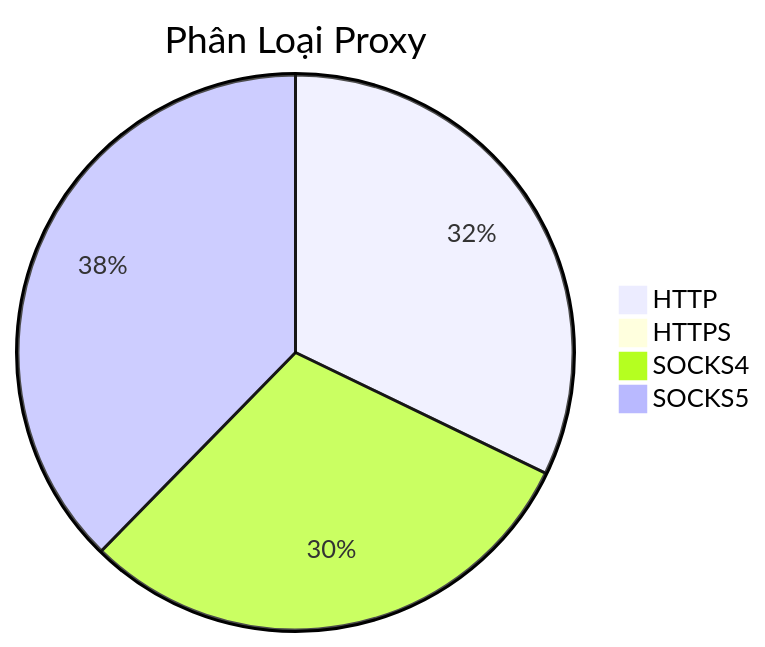
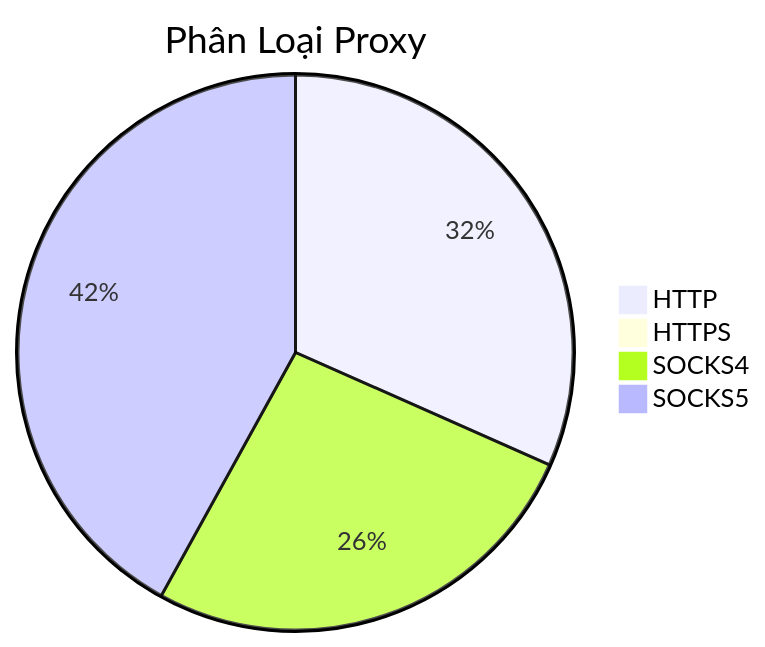
The diagram in README.md (Ciara-Aa/PROXY-free), drawn with Mermaid before and after one commit. The commit also changed other lines of this file and 3 other files, not shown here.

````diff
--- a/README.md
+++ b/README.md
@@ -26,7 +26,7 @@
 ```mermaid
 pie title Phân Loại Proxy
-    "HTTP" : 274
+    "HTTP" : 266
     "HTTPS" : 0
-    "SOCKS4" : 257
-    "SOCKS5" : 321
+    "SOCKS4" : 222
+    "SOCKS5" : 353
 ```
````
